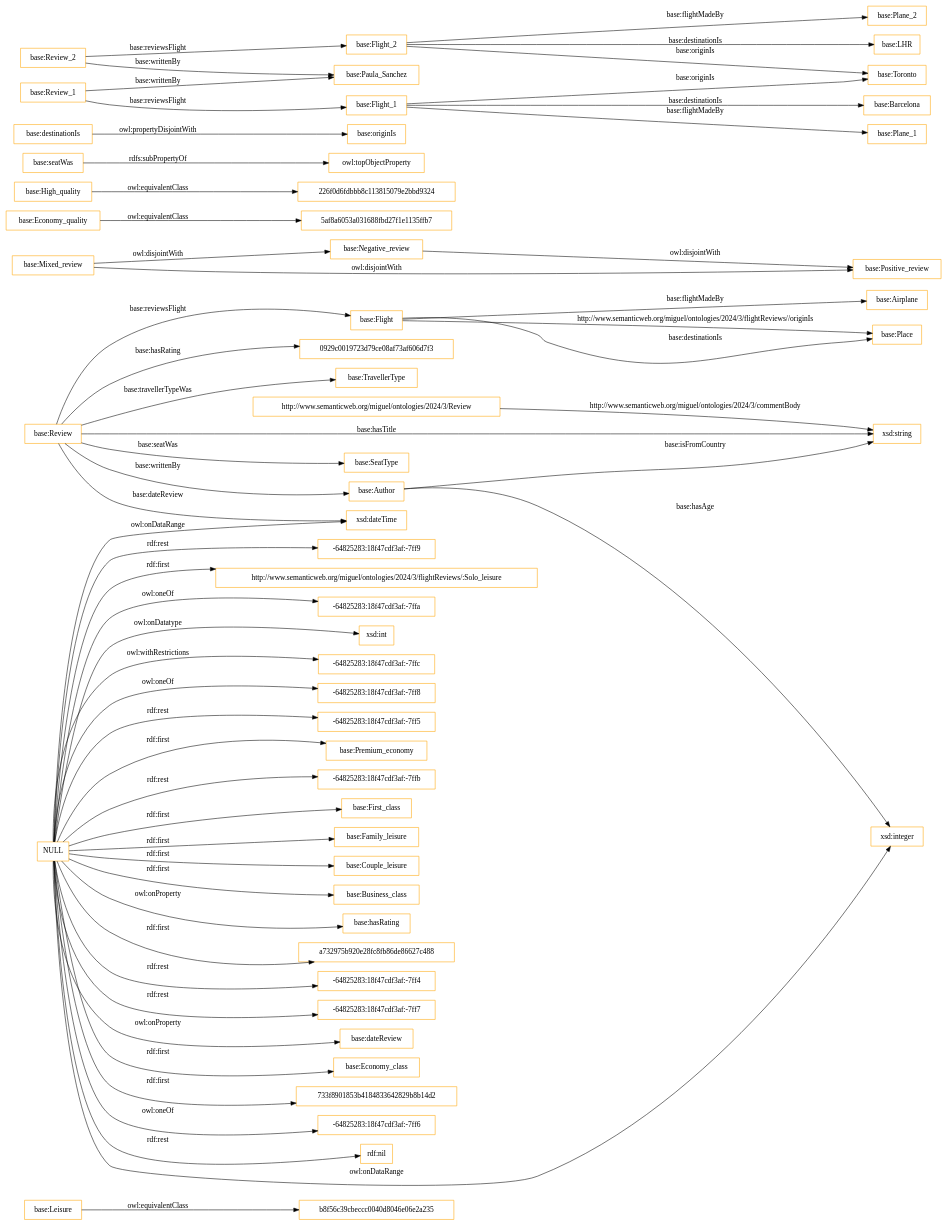
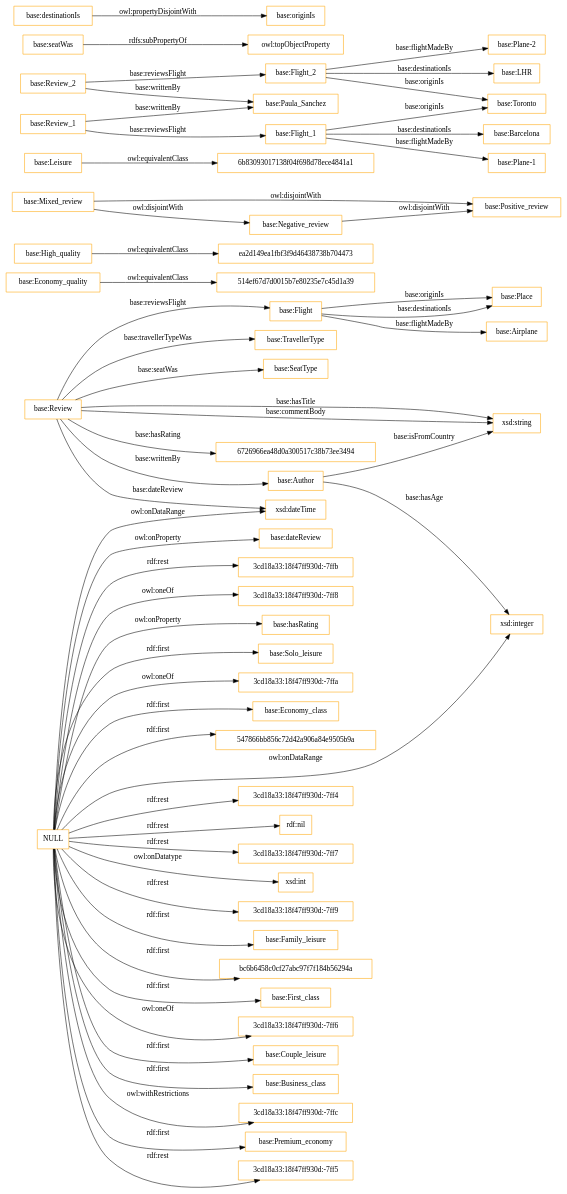
Before and after one commit to MigueldSPallares/FlightReviews: the diagram in OnToology/ontology.ttl/diagrams/ar2dtool-class/ontology.ttl.png.dot, drawn with Graphviz. The commit also changed 11 other files, not shown here.

```diff
--- a/OnToology/ontology.ttl/diagrams/ar2dtool-class/ontology.ttl.png.dot
+++ b/OnToology/ontology.ttl/diagrams/ar2dtool-class/ontology.ttl.png.dot
@@ -1,61 +1,61 @@
 digraph ar2dtool_diagram { 
 rankdir=LR;
 size="1501"
-node [shape = rectangle, color="orange"]; "b8f56c39cbeccc0040d8046e06e2a235" "base:TravellerType" "base:Place" "base:Flight" "base:Negative_review" "base:Author" "base:Economy_quality" "base:SeatType" "5af8a6053a031688fbd27f1e1135ffb7" "base:Mixed_review" "base:Leisure" "base:Review" "base:High_quality" "base:Positive_review" "226f0d6fdbbb8c113815079e2bbd9324" "base:Airplane" ; /*classes style*/
-	"NULL" -> "base:Premium_economy" [ label = "rdf:first" ];
-	"NULL" -> "-64825283:18f47cdf3af:-7ffb" [ label = "rdf:rest" ];
-	"NULL" -> "base:First_class" [ label = "rdf:first" ];
-	"NULL" -> "base:Family_leisure" [ label = "rdf:first" ];
+node [shape = rectangle, color="orange"]; "base:Review" "514ef67d7d0015b7e80235e7c45d1a39" "base:High_quality" "base:Author" "base:Flight" "base:Mixed_review" "base:TravellerType" "base:Leisure" "base:Economy_quality" "ea2d149ea1fbf3f9d46438738b704473" "base:Positive_review" "6b83093017138f04f698d78ece4841a1" "base:SeatType" "base:Place" "base:Airplane" "base:Negative_review" ; /*classes style*/
+	"NULL" -> "3cd18a33:18f47ff930d:-7ff6" [ label = "owl:oneOf" ];
 	"NULL" -> "base:Couple_leisure" [ label = "rdf:first" ];
 	"NULL" -> "base:Business_class" [ label = "rdf:first" ];
+	"NULL" -> "3cd18a33:18f47ff930d:-7ffc" [ label = "owl:withRestrictions" ];
+	"NULL" -> "xsd:integer" [ label = "owl:onDataRange" ];
+	"NULL" -> "base:Premium_economy" [ label = "rdf:first" ];
+	"NULL" -> "xsd:dateTime" [ label = "owl:onDataRange" ];
+	"NULL" -> "3cd18a33:18f47ff930d:-7ff5" [ label = "rdf:rest" ];
+	"NULL" -> "base:dateReview" [ label = "owl:onProperty" ];
+	"NULL" -> "3cd18a33:18f47ff930d:-7ffb" [ label = "rdf:rest" ];
+	"NULL" -> "3cd18a33:18f47ff930d:-7ff8" [ label = "owl:oneOf" ];
 	"NULL" -> "base:hasRating" [ label = "owl:onProperty" ];
-	"NULL" -> "xsd:integer" [ label = "owl:onDataRange" ];
-	"NULL" -> "xsd:dateTime" [ label = "owl:onDataRange" ];
-	"NULL" -> "a732975b920e28fc8fb86de86627c488" [ label = "rdf:first" ];
-	"NULL" -> "-64825283:18f47cdf3af:-7ff4" [ label = "rdf:rest" ];
-	"NULL" -> "-64825283:18f47cdf3af:-7ff7" [ label = "rdf:rest" ];
-	"NULL" -> "base:dateReview" [ label = "owl:onProperty" ];
+	"NULL" -> "base:Solo_leisure" [ label = "rdf:first" ];
+	"NULL" -> "3cd18a33:18f47ff930d:-7ffa" [ label = "owl:oneOf" ];
 	"NULL" -> "base:Economy_class" [ label = "rdf:first" ];
-	"NULL" -> "733f8901853b4184833642829b8b14d2" [ label = "rdf:first" ];
-	"NULL" -> "-64825283:18f47cdf3af:-7ff6" [ label = "owl:oneOf" ];
+	"NULL" -> "547866bb856c72d42a906a84e9505b9a" [ label = "rdf:first" ];
+	"NULL" -> "3cd18a33:18f47ff930d:-7ff4" [ label = "rdf:rest" ];
 	"NULL" -> "rdf:nil" [ label = "rdf:rest" ];
-	"NULL" -> "-64825283:18f47cdf3af:-7ff9" [ label = "rdf:rest" ];
-	"NULL" -> "http://www.semanticweb.org/miguel/ontologies/2024/3/flightReviews/:Solo_leisure" [ label = "rdf:first" ];
-	"NULL" -> "-64825283:18f47cdf3af:-7ffa" [ label = "owl:oneOf" ];
+	"NULL" -> "3cd18a33:18f47ff930d:-7ff7" [ label = "rdf:rest" ];
 	"NULL" -> "xsd:int" [ label = "owl:onDatatype" ];
-	"NULL" -> "-64825283:18f47cdf3af:-7ffc" [ label = "owl:withRestrictions" ];
-	"NULL" -> "-64825283:18f47cdf3af:-7ff8" [ label = "owl:oneOf" ];
-	"NULL" -> "-64825283:18f47cdf3af:-7ff5" [ label = "rdf:rest" ];
-	"base:seatWas" -> "owl:topObjectProperty" [ label = "rdfs:subPropertyOf" ];
-	"base:destinationIs" -> "base:originIs" [ label = "owl:propertyDisjointWith" ];
+	"NULL" -> "3cd18a33:18f47ff930d:-7ff9" [ label = "rdf:rest" ];
+	"NULL" -> "base:Family_leisure" [ label = "rdf:first" ];
+	"NULL" -> "bc6b6458c0cf27abc97f7f184b56294a" [ label = "rdf:first" ];
+	"NULL" -> "base:First_class" [ label = "rdf:first" ];
+	"base:Mixed_review" -> "base:Positive_review" [ label = "owl:disjointWith" ];
+	"base:Mixed_review" -> "base:Negative_review" [ label = "owl:disjointWith" ];
+	"base:Economy_quality" -> "514ef67d7d0015b7e80235e7c45d1a39" [ label = "owl:equivalentClass" ];
+	"base:Negative_review" -> "base:Positive_review" [ label = "owl:disjointWith" ];
 	"base:Review_2" -> "base:Paula_Sanchez" [ label = "base:writtenBy" ];
 	"base:Review_2" -> "base:Flight_2" [ label = "base:reviewsFlight" ];
+	"base:seatWas" -> "owl:topObjectProperty" [ label = "rdfs:subPropertyOf" ];
 	"base:Flight_2" -> "base:Toronto" [ label = "base:originIs" ];
-	"base:Flight_2" -> "base:Plane_2" [ label = "base:flightMadeBy" ];
+	"base:Flight_2" -> "base:Plane-2" [ label = "base:flightMadeBy" ];
 	"base:Flight_2" -> "base:LHR" [ label = "base:destinationIs" ];
-	"base:Economy_quality" -> "5af8a6053a031688fbd27f1e1135ffb7" [ label = "owl:equivalentClass" ];
+	"base:destinationIs" -> "base:originIs" [ label = "owl:propertyDisjointWith" ];
 	"base:Review_1" -> "base:Paula_Sanchez" [ label = "base:writtenBy" ];
 	"base:Review_1" -> "base:Flight_1" [ label = "base:reviewsFlight" ];
-	"base:High_quality" -> "226f0d6fdbbb8c113815079e2bbd9324" [ label = "owl:equivalentClass" ];
 	"base:Flight_1" -> "base:Toronto" [ label = "base:originIs" ];
-	"base:Flight_1" -> "base:Plane_1" [ label = "base:flightMadeBy" ];
+	"base:Flight_1" -> "base:Plane-1" [ label = "base:flightMadeBy" ];
 	"base:Flight_1" -> "base:Barcelona" [ label = "base:destinationIs" ];
-	"base:Leisure" -> "b8f56c39cbeccc0040d8046e06e2a235" [ label = "owl:equivalentClass" ];
-	"base:Mixed_review" -> "base:Positive_review" [ label = "owl:disjointWith" ];
-	"base:Mixed_review" -> "base:Negative_review" [ label = "owl:disjointWith" ];
-	"base:Negative_review" -> "base:Positive_review" [ label = "owl:disjointWith" ];
-	"http://www.semanticweb.org/miguel/ontologies/2024/3/Review" -> "xsd:string" [ label = "http://www.semanticweb.org/miguel/ontologies/2024/3/commentBody" ];
+	"base:High_quality" -> "ea2d149ea1fbf3f9d46438738b704473" [ label = "owl:equivalentClass" ];
+	"base:Leisure" -> "6b83093017138f04f698d78ece4841a1" [ label = "owl:equivalentClass" ];
+	"base:Review" -> "xsd:string" [ label = "base:commentBody" ];
+	"base:Review" -> "xsd:string" [ label = "base:hasTitle" ];
+	"base:Review" -> "base:Flight" [ label = "base:reviewsFlight" ];
+	"base:Flight" -> "base:Place" [ label = "base:originIs" ];
 	"base:Flight" -> "base:Airplane" [ label = "base:flightMadeBy" ];
-	"base:Flight" -> "base:Place" [ label = "http://www.semanticweb.org/miguel/ontologies/2024/3/flightReviews//originIs" ];
+	"base:Review" -> "xsd:dateTime" [ label = "base:dateReview" ];
+	"base:Author" -> "xsd:string" [ label = "base:isFromCountry" ];
+	"base:Flight" -> "base:Place" [ label = "base:destinationIs" ];
+	"base:Author" -> "xsd:integer" [ label = "base:hasAge" ];
 	"base:Review" -> "base:Author" [ label = "base:writtenBy" ];
 	"base:Review" -> "base:TravellerType" [ label = "base:travellerTypeWas" ];
-	"base:Review" -> "base:Flight" [ label = "base:reviewsFlight" ];
-	"base:Review" -> "0929c0019723d79ce08af73af606d7f3" [ label = "base:hasRating" ];
 	"base:Review" -> "base:SeatType" [ label = "base:seatWas" ];
-	"base:Flight" -> "base:Place" [ label = "base:destinationIs" ];
-	"base:Review" -> "xsd:string" [ label = "base:hasTitle" ];
-	"base:Review" -> "xsd:dateTime" [ label = "base:dateReview" ];
-	"base:Author" -> "xsd:string" [ label = "base:isFromCountry" ];
-	"base:Author" -> "xsd:integer" [ label = "base:hasAge" ];
+	"base:Review" -> "6726966ea48d0a300517c38b73ee3494" [ label = "base:hasRating" ];
 
 }
```
